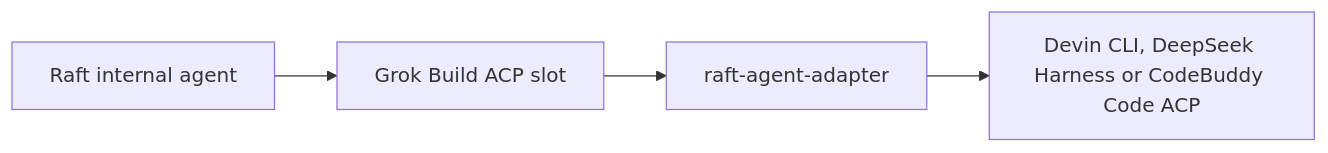
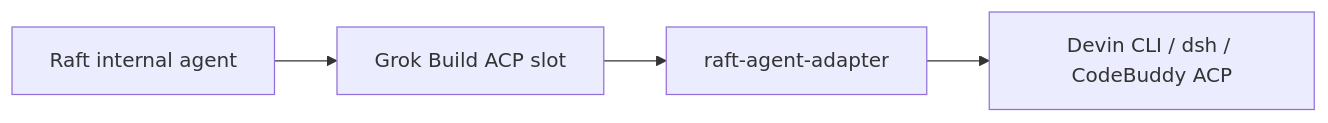
Before and after one commit to CST18057/raft-agent-adapter: the diagram in README.md, drawn with Mermaid. The commit also changed other lines of this file and 2 other files, not shown here.

````diff
--- a/README.md
+++ b/README.md
@@ -12,6 +12,6 @@
 ```mermaid
 flowchart LR
     A[Raft internal agent] --> B[Grok Build ACP slot]
     B --> C[raft-agent-adapter]
-    C --> D[Devin CLI, DeepSeek Harness or CodeBuddy Code ACP]
+    C --> D[Devin CLI / dsh / CodeBuddy ACP]
 ```
````
